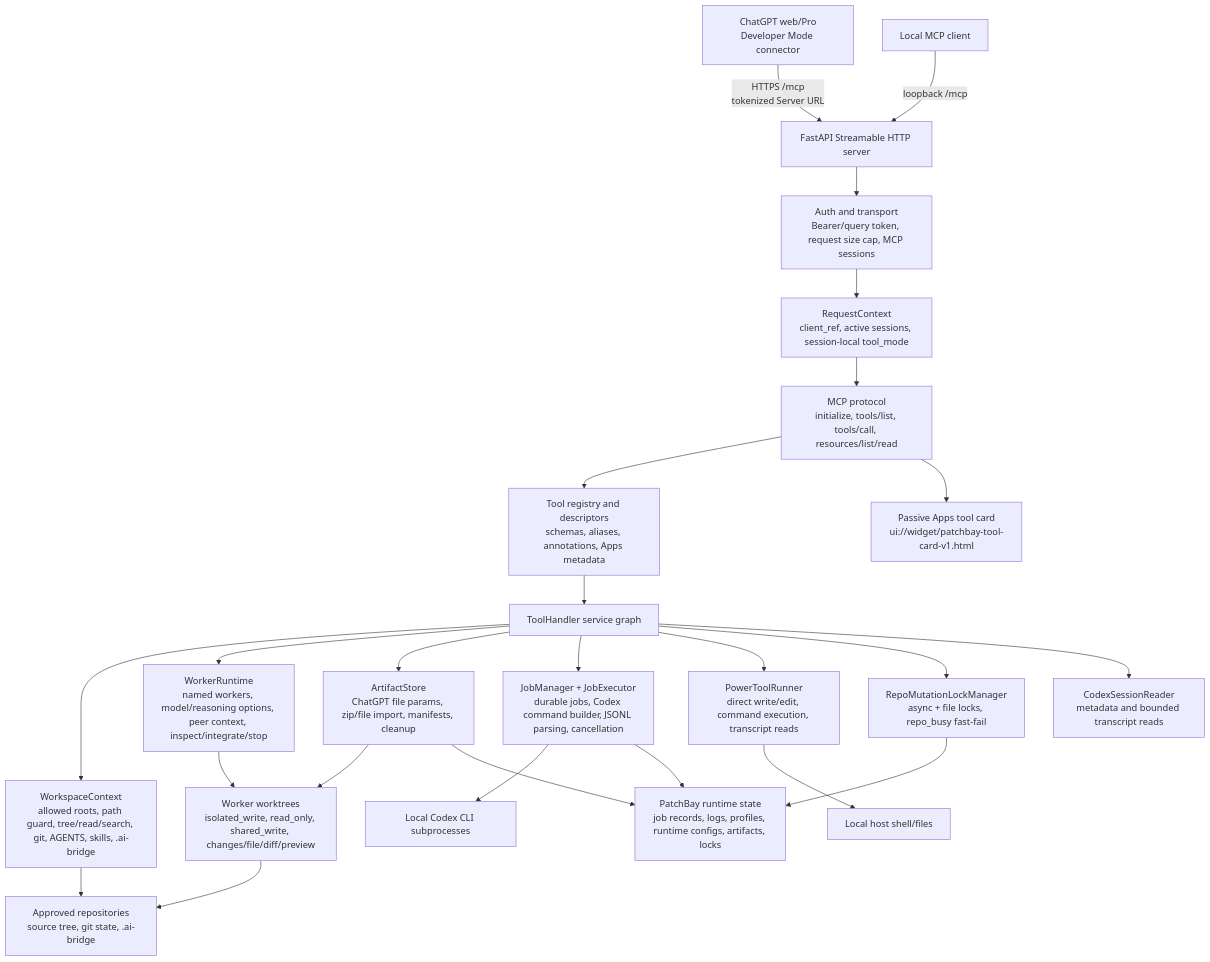
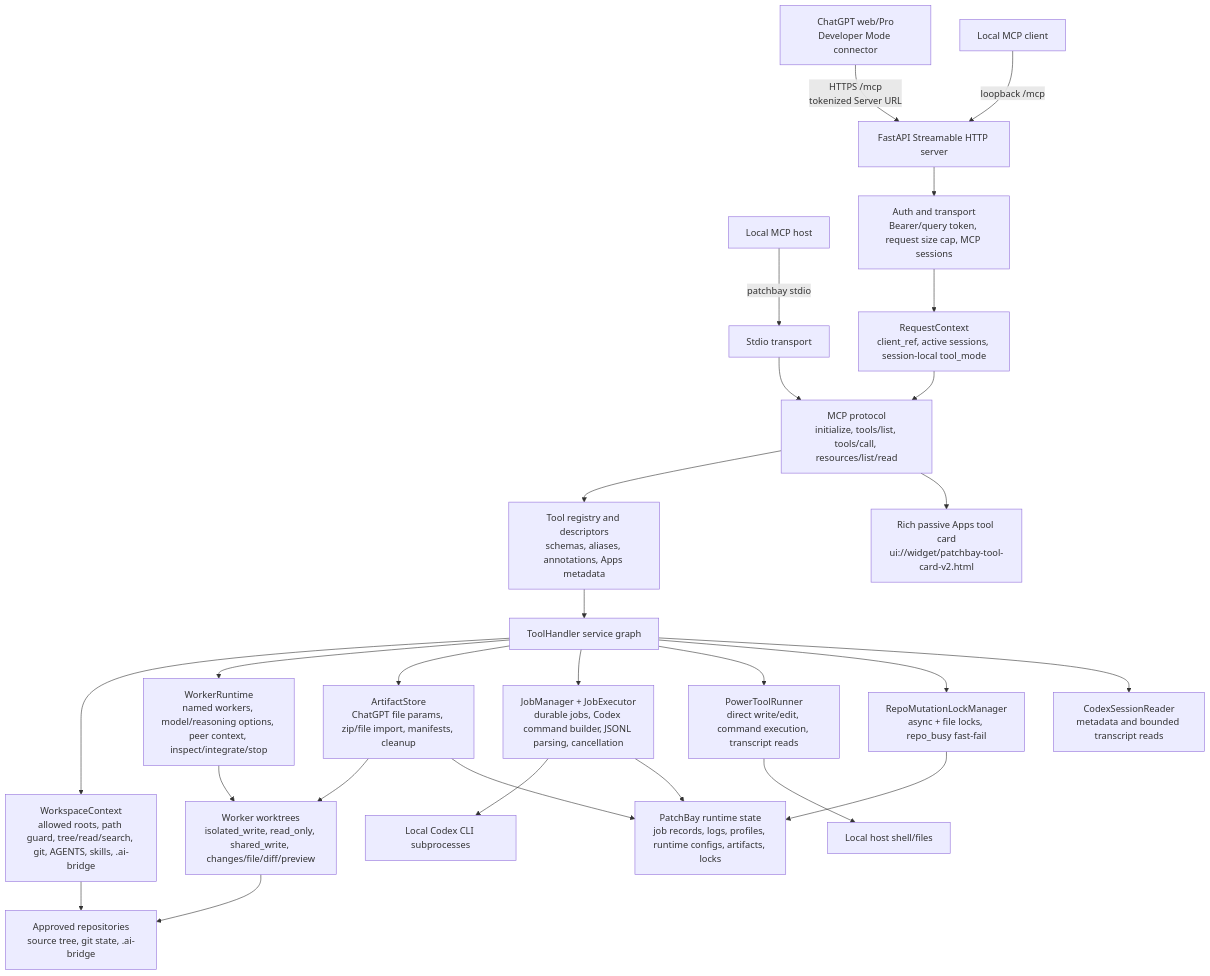
The diagram in docs/architecture/overview.md (velhud/PatchBay), drawn with Mermaid before and after one commit. The commit also changed other lines of this file and 111 other files, not shown here.

````diff
--- a/docs/architecture/overview.md
+++ b/docs/architecture/overview.md
@@ -39,31 +39,33 @@
 ```mermaid
 flowchart TD
     ChatGPT["ChatGPT web/Pro<br/>Developer Mode connector"] -->|"HTTPS /mcp<br/>tokenized Server URL"| Server["FastAPI Streamable HTTP server"]
     LocalClient["Local MCP client"] -->|"loopback /mcp"| Server
+    StdioClient["Local MCP host"] -->|"patchbay stdio"| Stdio["Stdio transport"]
+    Stdio --> Protocol
 
     Server --> Auth["Auth and transport<br/>Bearer/query token, request size cap, MCP sessions"]
     Auth --> Context["RequestContext<br/>client_ref, active sessions, session-local tool_mode"]
     Context --> Protocol["MCP protocol<br/>initialize, tools/list, tools/call, resources/list/read"]
     Protocol --> Registry["Tool registry and descriptors<br/>schemas, aliases, annotations, Apps metadata"]
-    Protocol --> Card["Passive Apps tool card<br/>ui://widget/patchbay-tool-card-v1.html"]
+    Protocol --> Card["Rich passive Apps tool card<br/>ui://widget/patchbay-tool-card-v2.html"]
 
     Registry --> Handler["ToolHandler service graph"]
     Handler --> Workspace["WorkspaceContext<br/>allowed roots, path guard, tree/read/search, git, AGENTS, skills, .ai-bridge"]
     Handler --> Workers["WorkerRuntime<br/>named workers, model/reasoning options, peer context, inspect/integrate/stop"]
     Handler --> Inbox["ArtifactStore<br/>ChatGPT file params, zip/file import, manifests, cleanup"]
     Handler --> Jobs["JobManager + JobExecutor<br/>durable jobs, Codex command builder, JSONL parsing, cancellation"]
     Handler --> Power["PowerToolRunner<br/>direct write/edit, command execution, transcript reads"]
     Handler --> Locks["RepoMutationLockManager<br/>async + file locks, repo_busy fast-fail"]
     Handler --> Sessions["CodexSessionReader<br/>metadata and bounded transcript reads"]
 
     Workers --> WorkerTrees["Worker worktrees<br/>isolated_write, read_only, shared_write, changes/file/diff/preview"]
     Inbox --> WorkerTrees
     Jobs --> Codex["Local Codex CLI subprocesses"]
     Power --> Host["Local host shell/files"]
     Workspace --> Repo["Approved repositories<br/>source tree, git state, .ai-bridge"]
     WorkerTrees --> Repo
 
     Jobs --> Runtime["PatchBay runtime state<br/>job records, logs, profiles, runtime configs, artifacts, locks"]
     Inbox --> Runtime
     Locks --> Runtime
 ```
````
